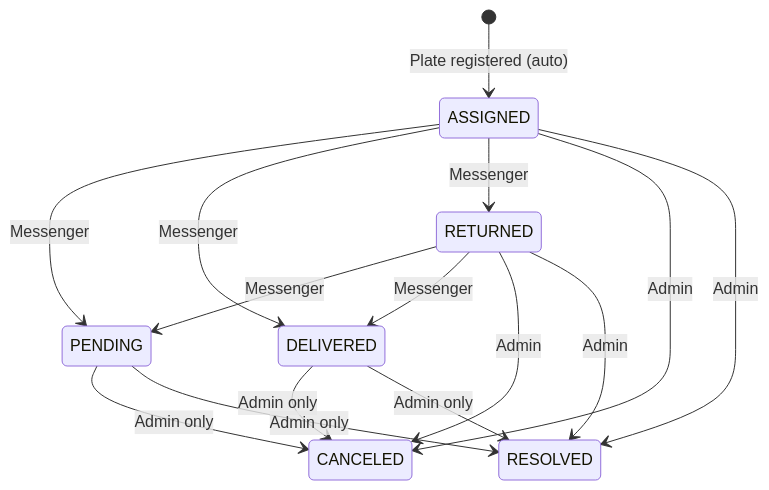
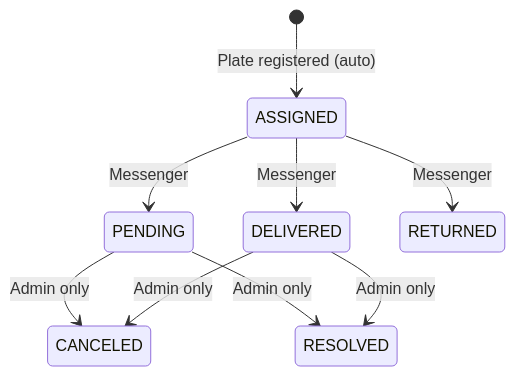
Before and after one commit to fttmatteo/messenger-backend: the third of 6 diagrams in README.md, drawn with Mermaid. The commit also changed other lines of this file and 1 other file, not shown here.

````diff
--- a/README.md
+++ b/README.md
@@ -453,23 +453,14 @@
 ```mermaid
 stateDiagram-v2
     [*] --> ASSIGNED: Plate registered (auto)
     
     ASSIGNED --> PENDING: Messenger
     ASSIGNED --> DELIVERED: Messenger
     ASSIGNED --> RETURNED: Messenger
     
-    RETURNED --> PENDING: Messenger
-    RETURNED --> DELIVERED: Messenger
-    
     PENDING --> CANCELED: Admin only
     PENDING --> RESOLVED: Admin only
     
     DELIVERED --> CANCELED: Admin only
     DELIVERED --> RESOLVED: Admin only
-    
-    RETURNED --> CANCELED: Admin
-    RETURNED --> RESOLVED: Admin
-    
-    ASSIGNED --> CANCELED: Admin
-    ASSIGNED --> RESOLVED: Admin
 ```
````
